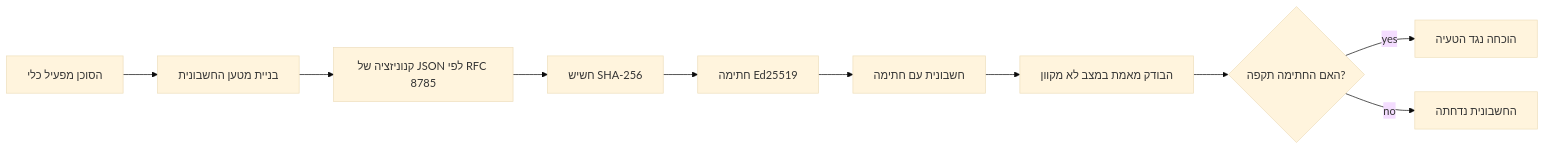
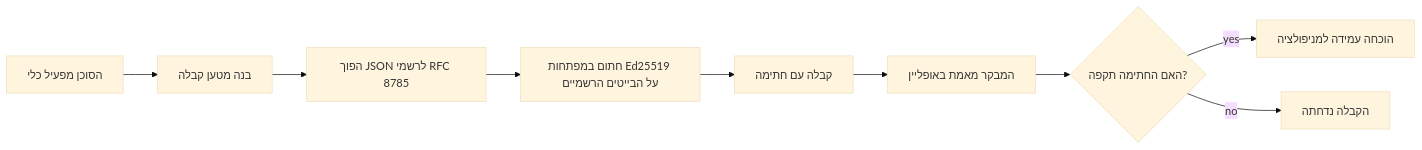
One commit to microsoft/ai-agents-for-beginners changed the first of 2 diagrams in translations/he/18-securing-ai-agents/README.md. Above: the diagram before and after it, drawn with Mermaid (base theme). The commit also changed other lines of this file and 47 other files, not shown here.

````diff
--- a/translations/he/18-securing-ai-agents/README.md
+++ b/translations/he/18-securing-ai-agents/README.md
@@ -51,12 +51,11 @@
 ```mermaid
 flowchart LR
-    A[הסוכן מפעיל כלי] --> B[בניית מטען החשבונית]
-    B --> C[קנוניזציה של JSON לפי RFC 8785]
-    C --> D[חשיש SHA-256]
-    D --> E[חתימה Ed25519]
-    E --> F[חשבונית עם חתימה]
-    F --> G[הבודק מאמת במצב לא מקוון]
+    A[הסוכן מפעיל כלי] --> B[בנה מטען קבלה]
+    B --> C[הפוך JSON לרשמי RFC 8785]
+    C --> E[חתום במפתחות Ed25519 על הבייטים הרשמיים]
+    E --> F[קבלה עם חתימה]
+    F --> G[המבקר מאמת באופליין]
     G --> H{האם החתימה תקפה?}
-    H -- yes --> I[הוכחה נגד הטעיה]
-    H -- no --> J[החשבונית נדחתה]
+    H -- yes --> I[הוכחה עמידה למניפולציה]
+    H -- no --> J[הקבלה נדחתה]
 ```
````
